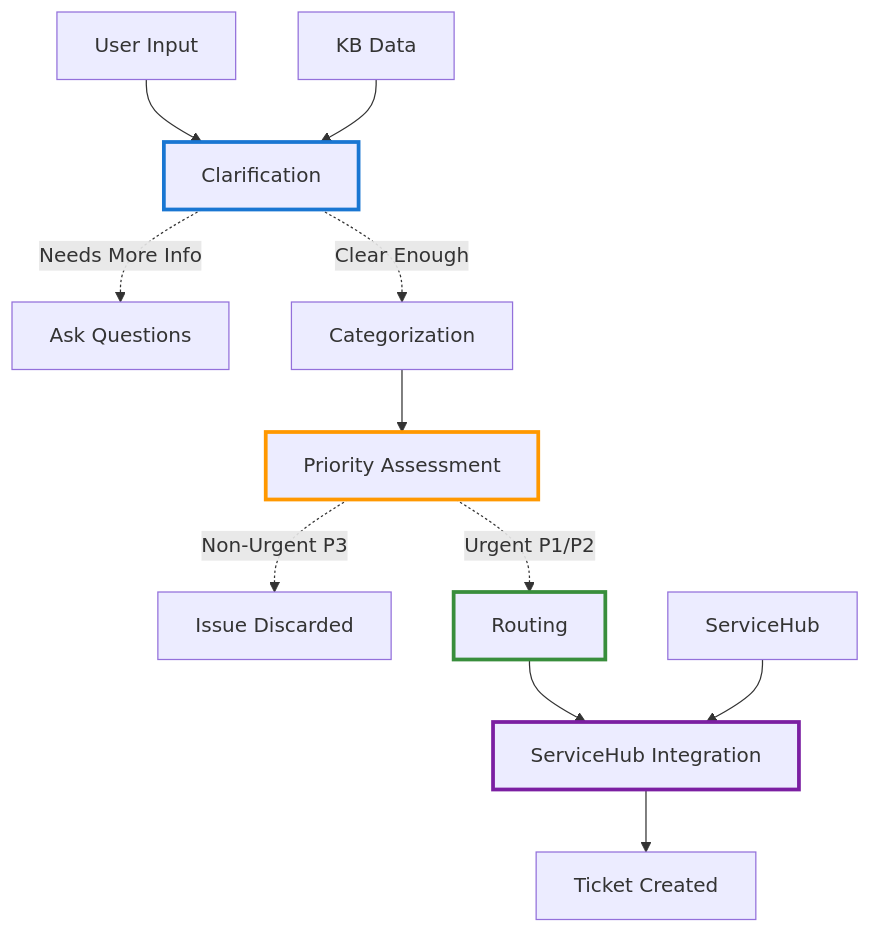
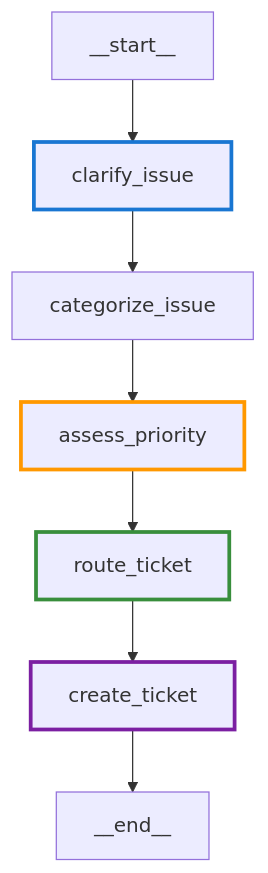
Before and after one commit to dextersjab/agentic-workbench-langgraph: the second of 6 diagrams in README.md, drawn with Mermaid. The commit also changed other lines of this file, not shown here.

Commit message:
improve langgraph workflow

````diff
--- a/README.md
+++ b/README.md
@@ -116,21 +116,14 @@
 ```mermaid
 graph TD
-    A[User Input] --> B[Clarification]
-    B -.->|Needs More Info| END1[Ask Questions]
-    B -.->|Clear Enough| C[Categorization]
+    __start__ --> clarify_issue
+    clarify_issue --> categorize_issue
+    categorize_issue --> assess_priority
+    assess_priority --> route_ticket
+    route_ticket --> create_ticket
+    create_ticket --> __end__
     
-    C --> D[Priority Assessment]
-    D -.->|Non-Urgent P3| END2[Issue Discarded]
-    D -.->|Urgent P1/P2| E[Routing]
-    
-    E --> F[ServiceHub Integration]
-    F --> G[Ticket Created]
-    
-    H[KB Data] --> B
-    I[ServiceHub] --> F
-    
-    style B stroke:#1976d2,stroke-width:3px
-    style D stroke:#ff9800,stroke-width:3px
-    style E stroke:#388e3c,stroke-width:3px
-    style F stroke:#7b1fa2,stroke-width:3px
+    style clarify_issue stroke:#1976d2,stroke-width:3px
+    style assess_priority stroke:#ff9800,stroke-width:3px
+    style route_ticket stroke:#388e3c,stroke-width:3px
+    style create_ticket stroke:#7b1fa2,stroke-width:3px
 ```
````
